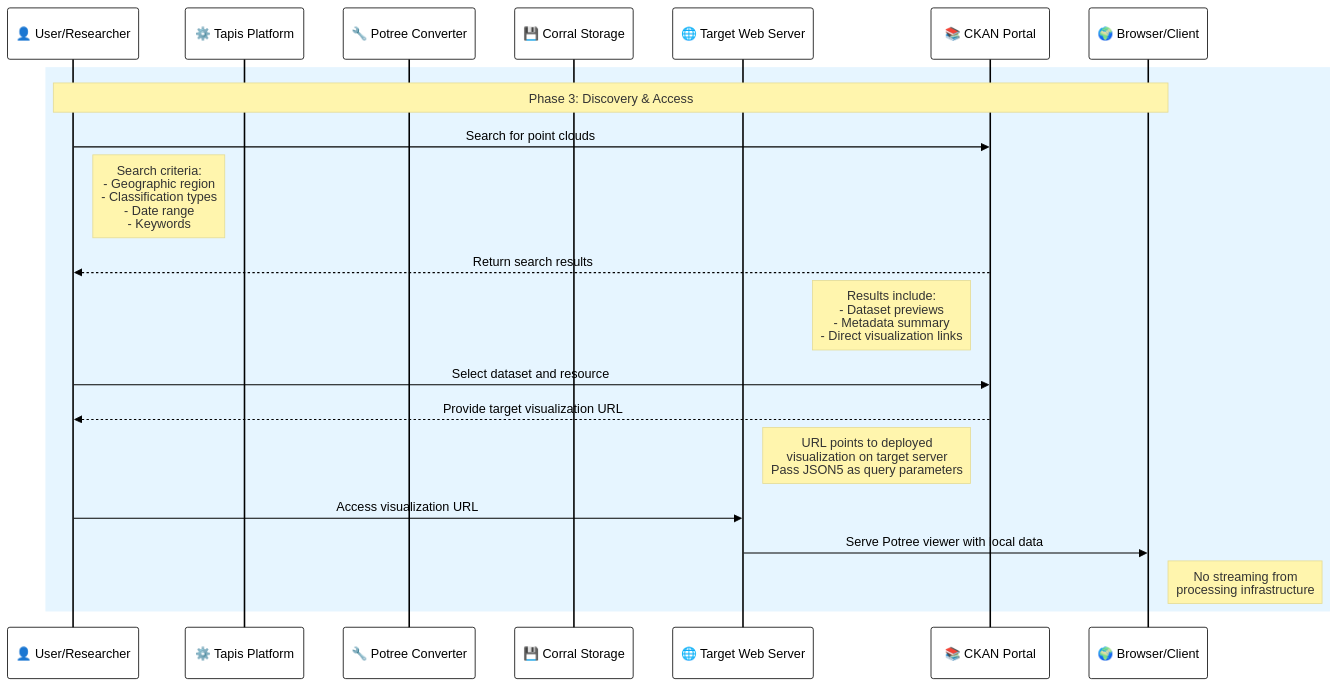
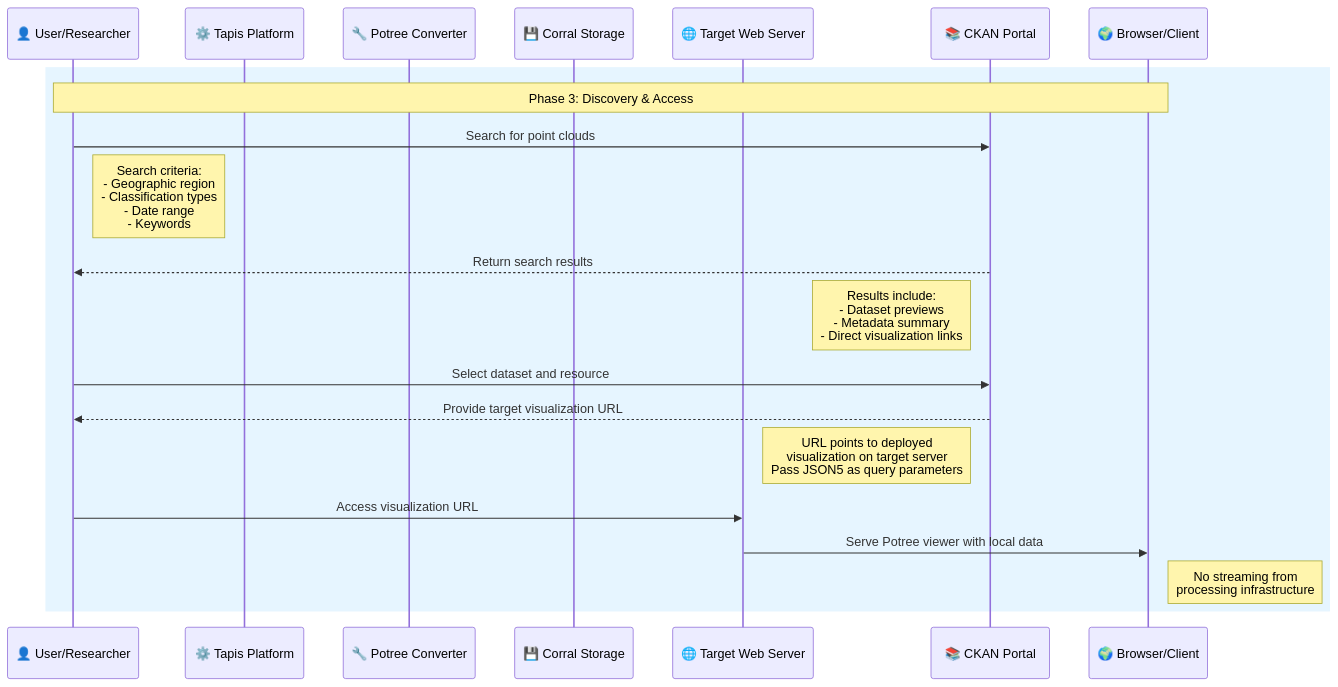
The third of 5 diagrams in README-pipeline.md (In-For-Disaster-Analytics/potree), drawn with Mermaid before and after one commit. The commit also changed other lines of this file, not shown here.

````diff
--- a/README-pipeline.md
+++ b/README-pipeline.md
@@ -188,29 +188,29 @@
 ```mermaid
-%%{ init : { "theme" : "base", "themeVariables" : { "primaryColor" : "#fff", "primaryTextColor" : "#000", "primaryBorderColor" : "#000", "lineColor" : "#000", "secondaryColor" : "#f8f8f8", "tertiaryColor" : "#f0f0f0" }}}%%
+%%{ init : { "theme" : "neutral" }}}%%
 sequenceDiagram
     participant User as 👤 User/Researcher
     participant Tapis as ⚙️ Tapis Platform
     participant Potree as 🔧 Potree Converter
     participant Corral as 💾 Corral Storage
     participant Target as 🌐 Target Web Server
     participant CKAN as 📚 CKAN Portal
     participant Browser as 🌍 Browser/Client
 
     %% Discovery & Access Phase
     rect rgb(230, 245, 255)
         Note over User,Browser: Phase 3: Discovery & Access
         User->>CKAN: Search for point clouds
         Note right of User: Search criteria:<br/>- Geographic region<br/>- Classification types<br/>- Date range<br/>- Keywords
 
         CKAN-->>User: Return search results
         Note left of CKAN: Results include:<br/>- Dataset previews<br/>- Metadata summary<br/>- Direct visualization links
 
         User->>CKAN: Select dataset and resource
         CKAN-->>User: Provide target visualization URL
         Note left of CKAN: URL points to deployed<br/>visualization on target server<br> Pass JSON5 as query parameters
 
         User->>Target: Access visualization URL
         Target->>Browser: Serve Potree viewer with local data
         Note right of Browser: No streaming from<br/>processing infrastructure
     end
 ```
````
